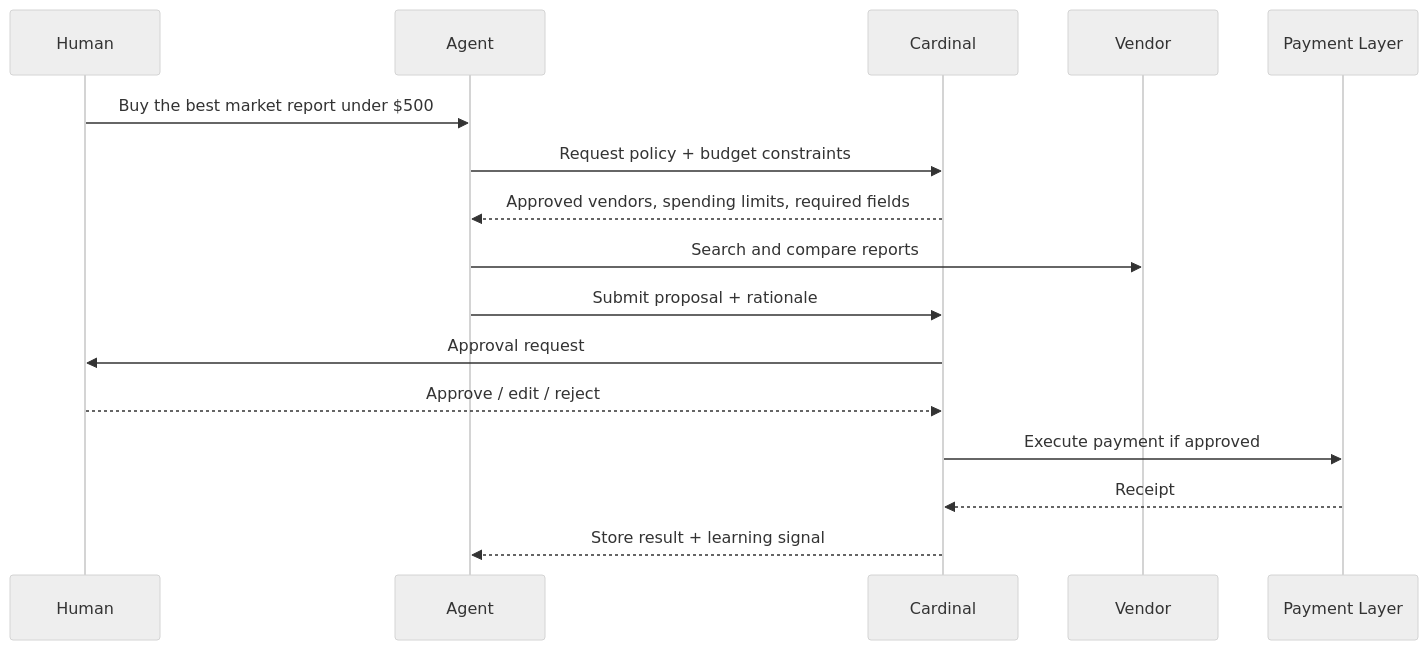
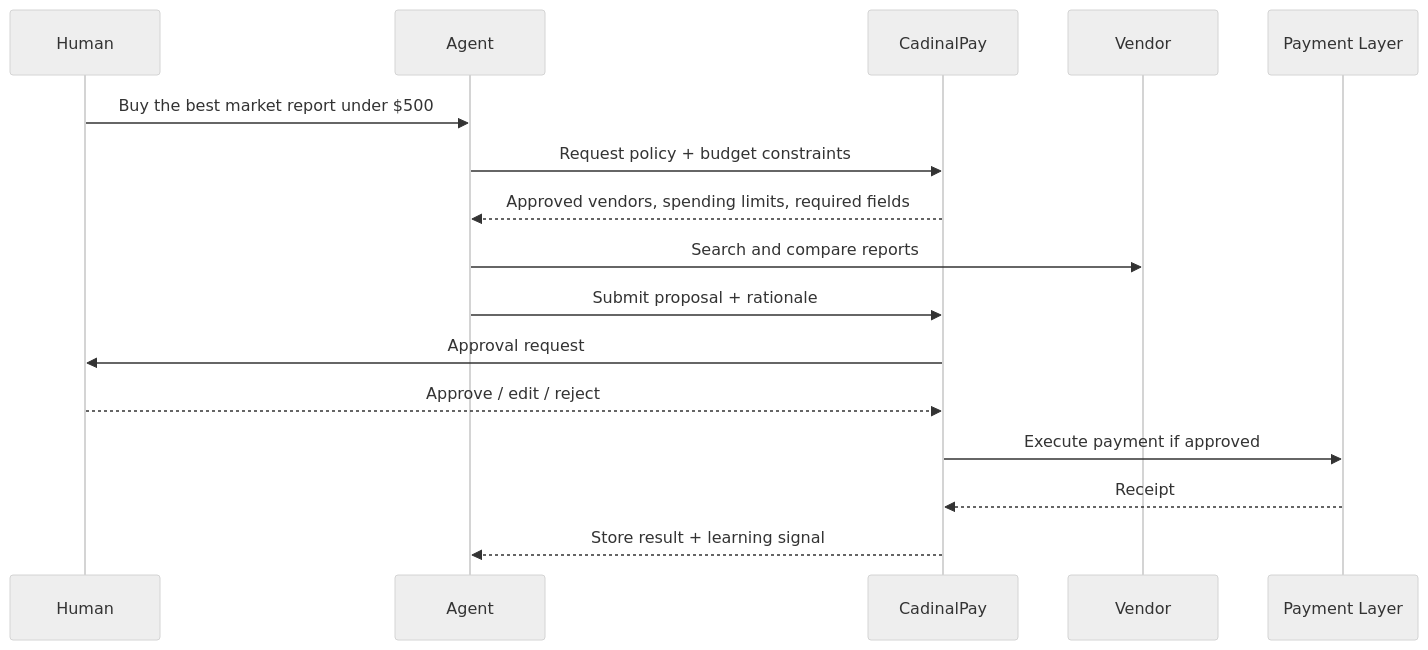
One commit to jin-dalrae/2606-slides changed the second of 2 diagrams in presentations/cardinal-agentic-workplace-spending.md. Above: the diagram before and after it, drawn with Mermaid (neutral theme). The commit also changed other lines of this file and 1 other file, not shown here.

Commit message:
Update CadinalPay presentation content

````diff
--- a/presentations/cardinal-agentic-workplace-spending.md
+++ b/presentations/cardinal-agentic-workplace-spending.md
@@ -250,19 +301,19 @@
 ```mermaid
 sequenceDiagram
     participant H as Human
     participant A as Agent
-    participant C as Cardinal
+    participant C as CadinalPay
     participant V as Vendor
     participant P as Payment Layer
 
     H->>A: Buy the best market report under $500
     A->>C: Request policy + budget constraints
     C-->>A: Approved vendors, spending limits, required fields
     A->>V: Search and compare reports
     A->>C: Submit proposal + rationale
     C->>H: Approval request
     H-->>C: Approve / edit / reject
     C->>P: Execute payment if approved
     P-->>C: Receipt
     C-->>A: Store result + learning signal
 ```
````
